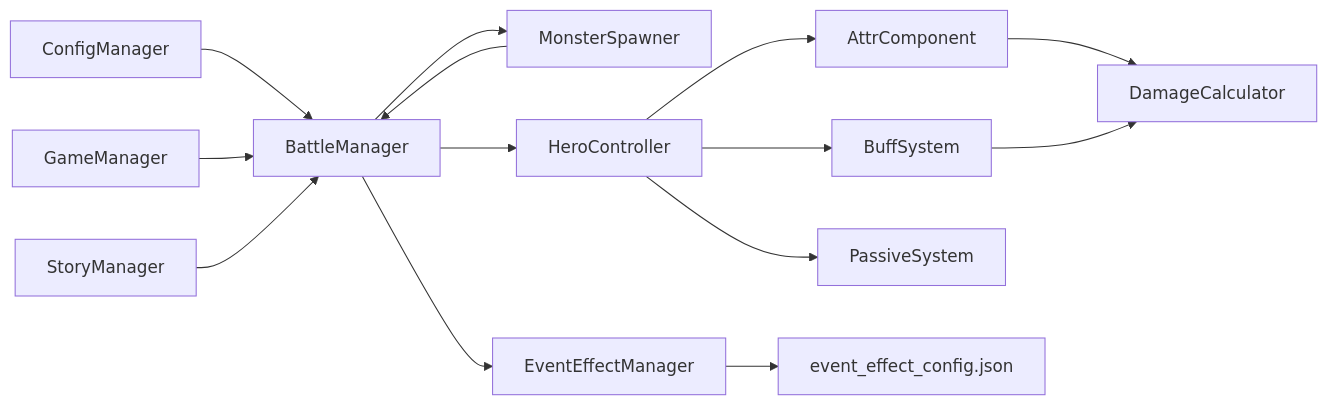
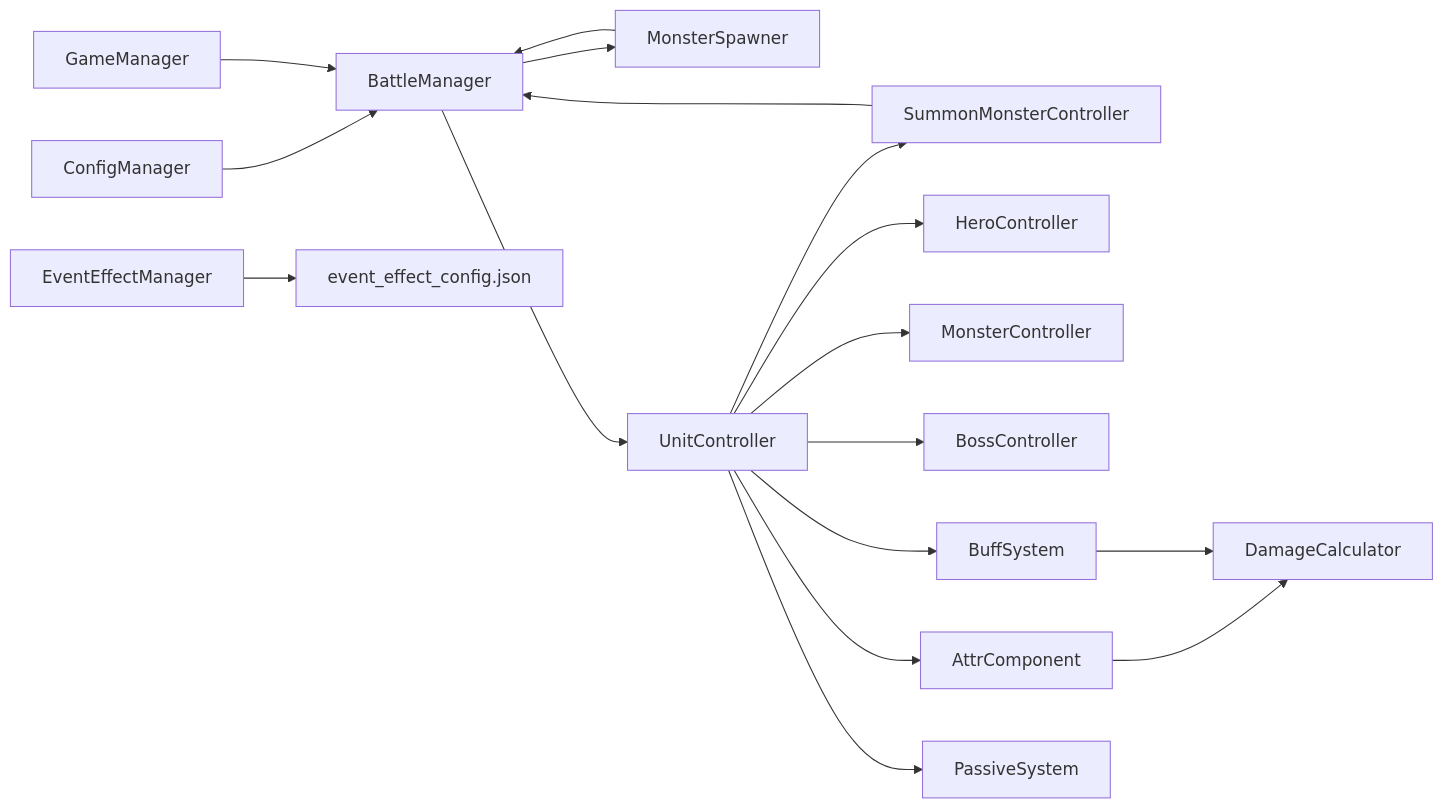
The ninth of 9 diagrams in .qoder/repowiki/zh/content/战斗系统/战斗系统.md (Tuusen/p1_client), drawn with Mermaid before and after one commit. The commit also changed other lines of this file and 13 other files, not shown here.

````diff
--- a/.qoder/repowiki/zh/content/战斗系统/战斗系统.md
+++ b/.qoder/repowiki/zh/content/战斗系统/战斗系统.md
@@ -419,16 +524,19 @@
 ```mermaid
 graph LR
 CM["ConfigManager"] --> BM["BattleManager"]
 GM["GameManager"] --> BM
 SM["StoryManager"] --> BM
 BM --> MS["MonsterSpawner"]
-BM --> HC["HeroController"]
-BM --> EEM["EventEffectManager"]
-HC --> AC["AttrComponent"]
-HC --> BS["BuffSystem"]
-HC --> PS["PassiveSystem"]
+BM --> UC["UnitController"]
+UC --> HC["HeroController"]
+UC --> MC["MonsterController"]
+UC --> BC["BossController"]
+UC --> SM["SummonMonsterController"]
+UC --> AC["AttrComponent"]
+UC --> BS["BuffSystem"]
+UC --> PS["PassiveSystem"]
 MS --> BM
 AC --> DC["DamageCalculator"]
 BS --> DC
-EEM --> EEConfig["event_effect_config.json"]
+EEM["EventEffectManager"] --> EEConfig["event_effect_config.json"]
 ```
````
